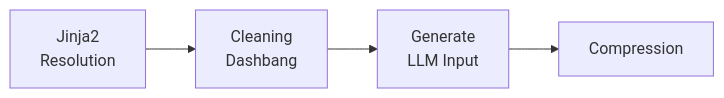
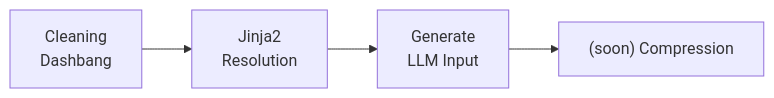
One commit to hoomano/mojodex changed the diagram in docs/technical-architecture/llm-features/mpt.md. Above: the diagram before and after it, drawn with Mermaid. The commit also changed other lines of this file and 4 other files, not shown here.

````diff
--- a/docs/technical-architecture/llm-features/mpt.md
+++ b/docs/technical-architecture/llm-features/mpt.md
@@ -52,6 +52,6 @@
 ```mermaid
 graph LR
-    A[Jinja2\nResolution] --> B[Cleaning\nDashbang]
+    A[Cleaning\nDashbang] --> B[Jinja2\nResolution]
     B --> C[Generate\nLLM Input]
-    C --> D[Compression]
+    C --> D["(soon) Compression"]
 ```
````
